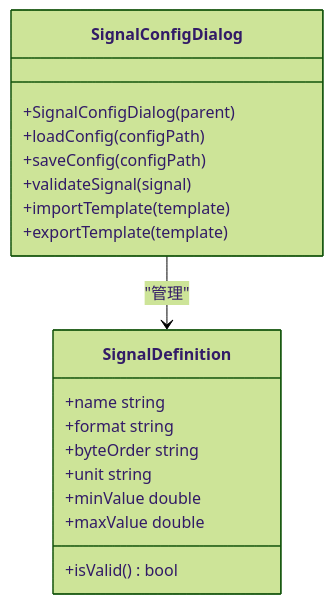
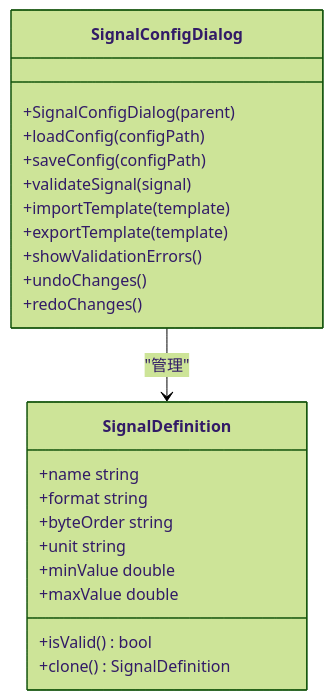
Before and after one commit to jakecai1225-design/OpenBus: the tenth of 15 diagrams in .qoder/repowiki/zh/content/架构设计/UI系统设计/UI系统设计.md, drawn with Mermaid (forest theme). The commit also changed other lines of this file and 215 other files, not shown here.

````diff
--- a/.qoder/repowiki/zh/content/架构设计/UI系统设计/UI系统设计.md
+++ b/.qoder/repowiki/zh/content/架构设计/UI系统设计/UI系统设计.md
@@ -713,21 +656,25 @@
 ```mermaid
 classDiagram
 class SignalConfigDialog {
 +SignalConfigDialog(parent)
 +loadConfig(configPath)
 +saveConfig(configPath)
 +validateSignal(signal)
 +importTemplate(template)
 +exportTemplate(template)
++showValidationErrors()
++undoChanges()
++redoChanges()
 }
 class SignalDefinition {
 +name string
 +format string
 +byteOrder string
 +unit string
 +minValue double
 +maxValue double
 +isValid() bool
++clone() SignalDefinition
 }
 SignalConfigDialog --> SignalDefinition : "管理"
 ```
````
